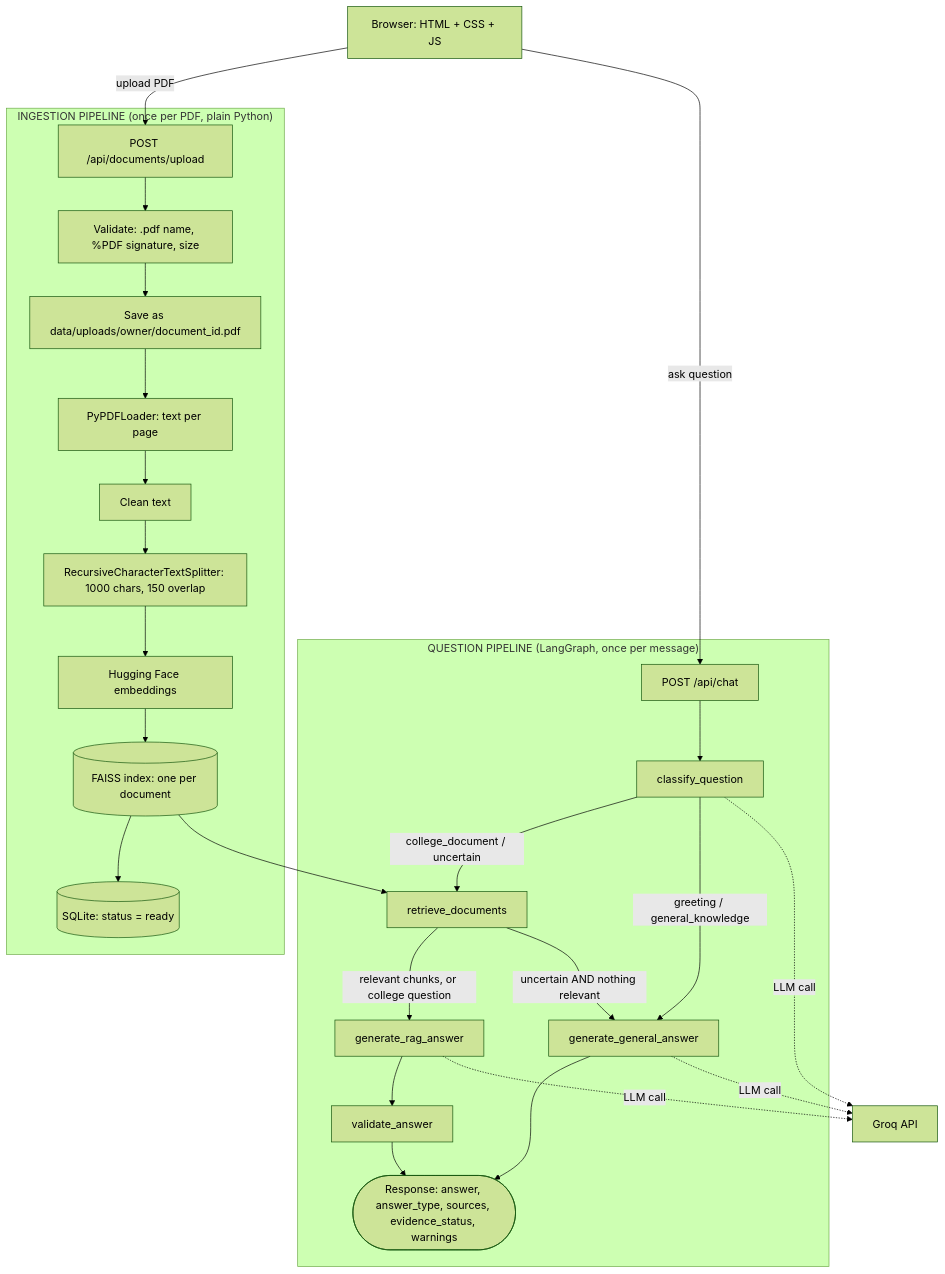
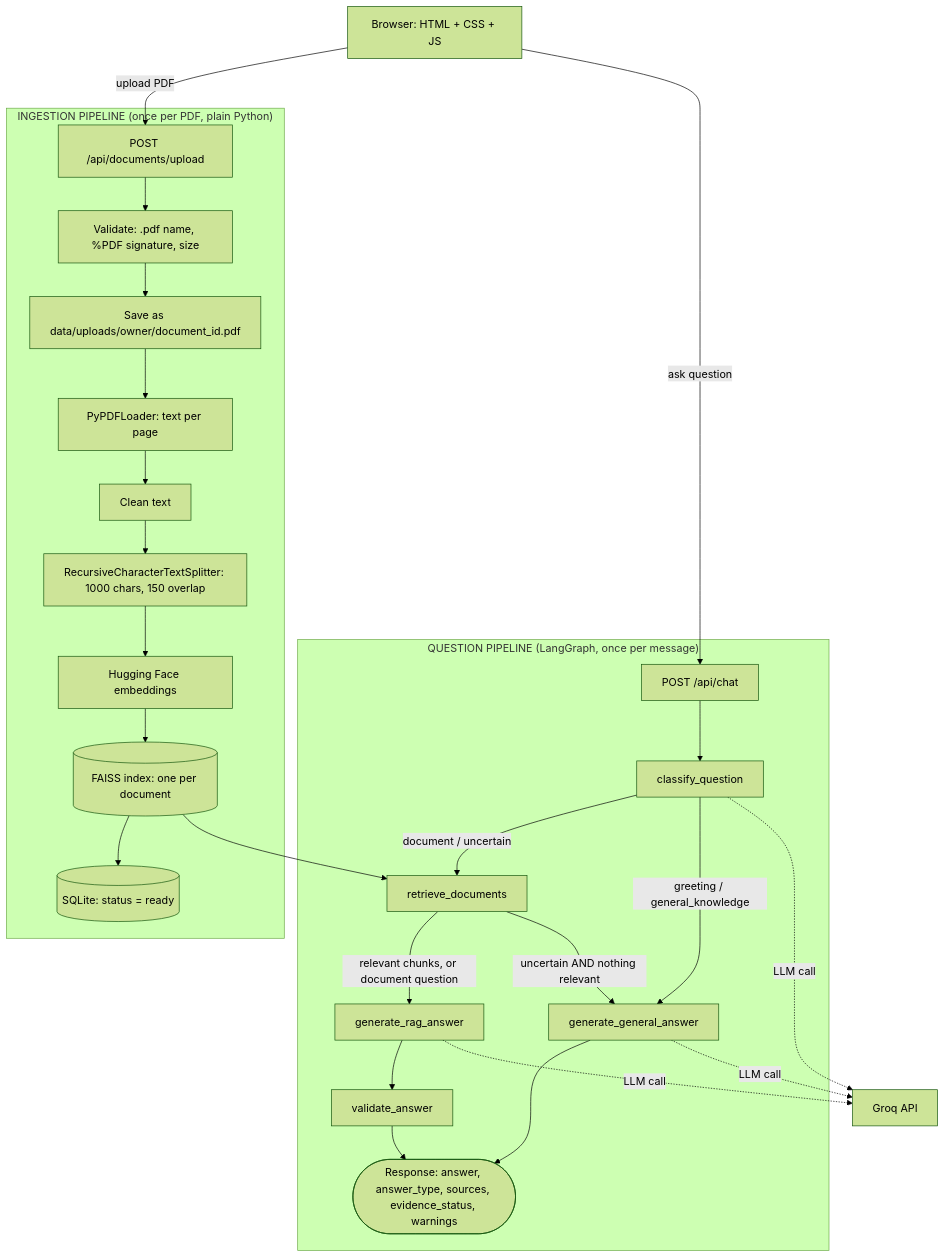
One commit to Frpratik/Citera-AI- changed the first of 3 diagrams in README.md. Above: the diagram before and after it, drawn with Mermaid (forest theme). The commit also changed other lines of this file and 14 other files, not shown here.

````diff
--- a/README.md
+++ b/README.md
@@ -114,32 +112,32 @@
 ```mermaid
 flowchart TD
     UI["Browser: HTML + CSS + JS"] -->|"upload PDF"| UP["POST /api/documents/upload"]
     UI -->|"ask question"| CH["POST /api/chat"]
 
     subgraph Ingestion["INGESTION PIPELINE (once per PDF, plain Python)"]
         UP --> V["Validate: .pdf name, %PDF signature, size"]
         V --> SV["Save as data/uploads/owner/document_id.pdf"]
         SV --> L["PyPDFLoader: text per page"]
         L --> C["Clean text"]
         C --> S["RecursiveCharacterTextSplitter: 1000 chars, 150 overlap"]
         S --> E["Hugging Face embeddings"]
         E --> F[("FAISS index: one per document")]
         F --> DB1[("SQLite: status = ready")]
     end
 
     subgraph QA["QUESTION PIPELINE (LangGraph, once per message)"]
         CH --> K["classify_question"]
-        K -->|"college_document / uncertain"| R["retrieve_documents"]
+        K -->|"document / uncertain"| R["retrieve_documents"]
         K -->|"greeting / general_knowledge"| G["generate_general_answer"]
-        R -->|"relevant chunks, or college question"| A["generate_rag_answer"]
+        R -->|"relevant chunks, or document question"| A["generate_rag_answer"]
         R -->|"uncertain AND nothing relevant"| G
         A --> VA["validate_answer"]
         VA --> OUT(["Response: answer, answer_type, sources, evidence_status, warnings"])
         G --> OUT
     end
 
     F --> R
     K -.->|"LLM call"| GROQ["Groq API"]
     A -.->|"LLM call"| GROQ
     G -.->|"LLM call"| GROQ
 ```
````
